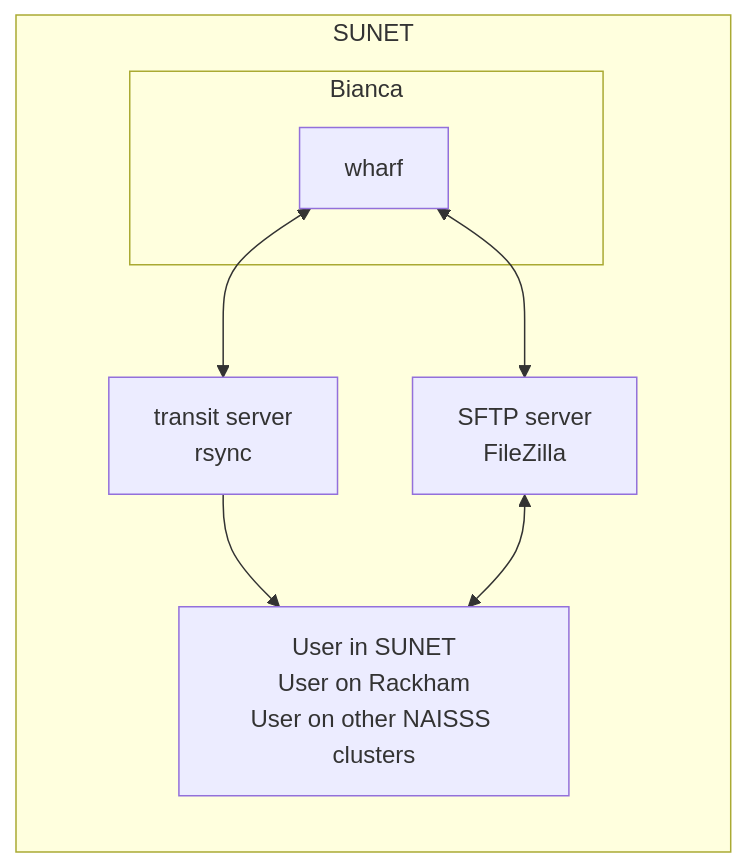
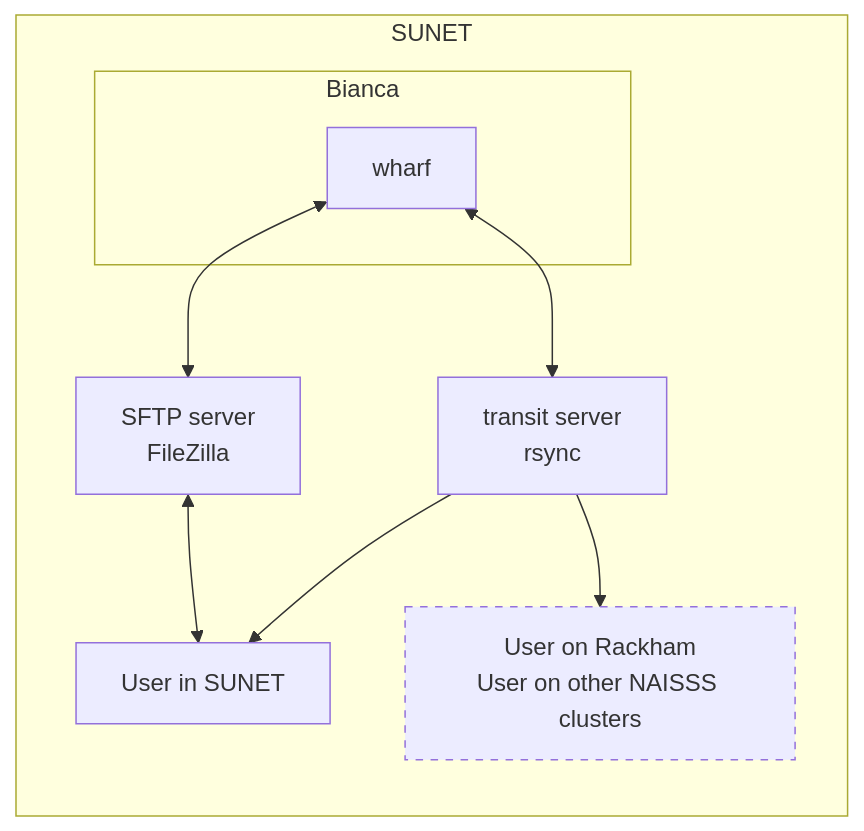
Before and after one commit to UPPMAX/bianca_workshop: the diagram in docs/intermediate/transfer.md, drawn with Mermaid.

Commit message:
Low focus node, #16

````diff
--- a/docs/intermediate/transfer.md
+++ b/docs/intermediate/transfer.md
@@ -107,15 +107,18 @@
 ```mermaid
 flowchart LR
+  classDef low_focus_node stroke-dasharray: 5 5
   subgraph sunet[SUNET]
     subgraph bianca[Bianca]
       wharf
     end
     transit[transit server\nrsync]
     sftp_server[SFTP server\nFileZilla]
-    user[User in SUNET\nUser on Rackham\nUser on other NAISSS clusters\n]
+    user[User in SUNET]
+    other_users[User on Rackham\nUser on other NAISSS clusters]:::low_focus_node
     wharf <--> transit
     wharf <--> sftp_server
     transit --> user
+    transit --> other_users
     sftp_server <--> user
   end
 ```
````
